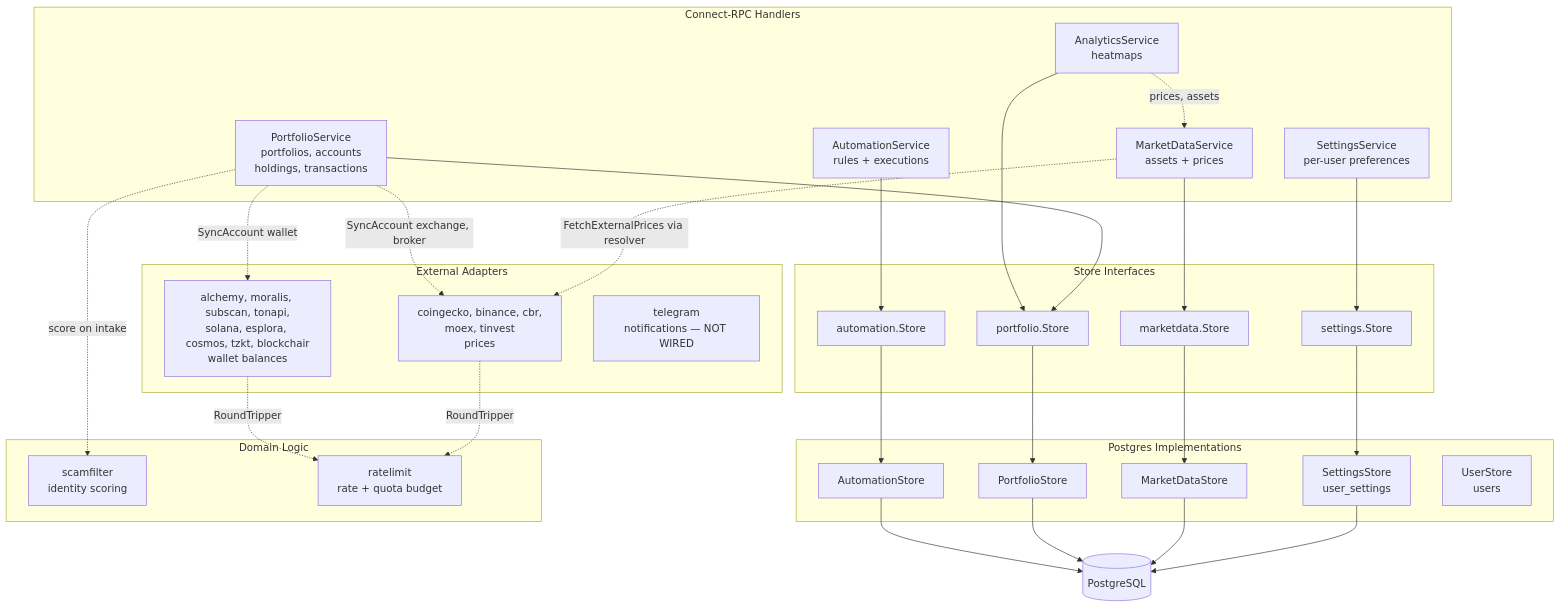
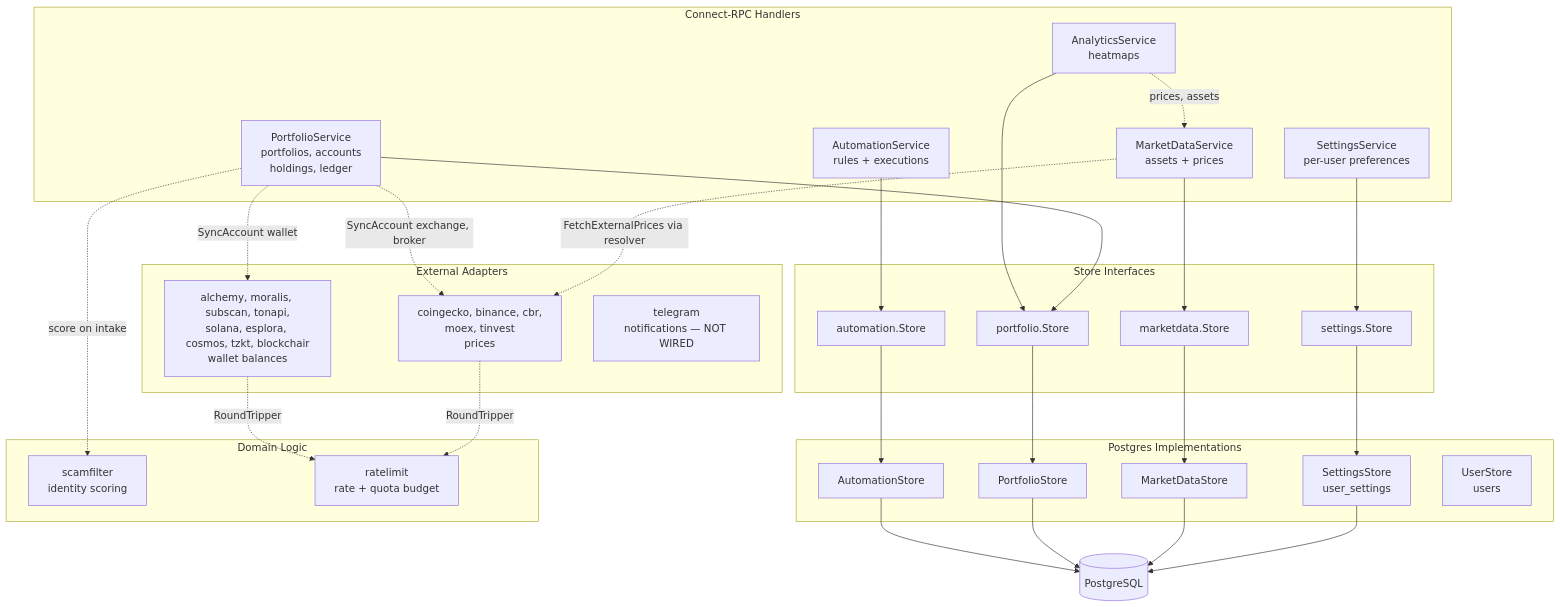
The third of 3 diagrams in docs/architecture.md (foxcool/greedy-eye), drawn with Mermaid before and after one commit. The commit also changed other lines of this file and 30 other files, not shown here.

First line of the commit message:
feat(portfolio): ledger events and legs replace transactions

````diff
--- a/docs/architecture.md
+++ b/docs/architecture.md
@@ -299,50 +299,50 @@
 ```mermaid
 graph TB
     subgraph "Connect-RPC Handlers"
         MDS[MarketDataService<br/>assets + prices]
-        PS[PortfolioService<br/>portfolios, accounts<br/>holdings, transactions]
+        PS[PortfolioService<br/>portfolios, accounts<br/>holdings, ledger]
         AS[AutomationService<br/>rules + executions]
         ANS[AnalyticsService<br/>heatmaps]
         SET[SettingsService<br/>per-user preferences]
     end
 
     subgraph "Store Interfaces"
         MDSI[marketdata.Store]
         PSI[portfolio.Store]
         ASI[automation.Store]
         SETI[settings.Store]
     end
 
     subgraph "Postgres Implementations"
         MDSP[MarketDataStore]
         PSP[PortfolioStore]
         ASP[AutomationStore]
         SETP[SettingsStore<br/>user_settings]
         SSP[UserStore<br/>users]
     end
 
     subgraph "External Adapters"
         Prices[coingecko, binance, cbr,<br/>moex, tinvest<br/>prices]
         Wallets[alchemy, moralis, subscan, tonapi,<br/>solana, esplora, cosmos, tzkt, blockchair<br/>wallet balances]
         Telegram[telegram<br/>notifications — NOT WIRED]
     end
 
     subgraph "Domain Logic"
         SF[scamfilter<br/>identity scoring]
         RL[ratelimit<br/>rate + quota budget]
     end
 
     SET --> SETI --> SETP --> DB[(PostgreSQL)]
     MDS --> MDSI --> MDSP --> DB[(PostgreSQL)]
     PS  --> PSI  --> PSP  --> DB
     AS  --> ASI  --> ASP  --> DB
     ANS --> PSI
     ANS -.->|prices, assets| MDS
 
     MDS -.->|FetchExternalPrices via resolver| Prices
     PS  -.->|SyncAccount wallet| Wallets
     PS  -.->|SyncAccount exchange, broker| Prices
     PS  -.->|score on intake| SF
     Prices -.->|RoundTripper| RL
     Wallets -.->|RoundTripper| RL
 ```
````
